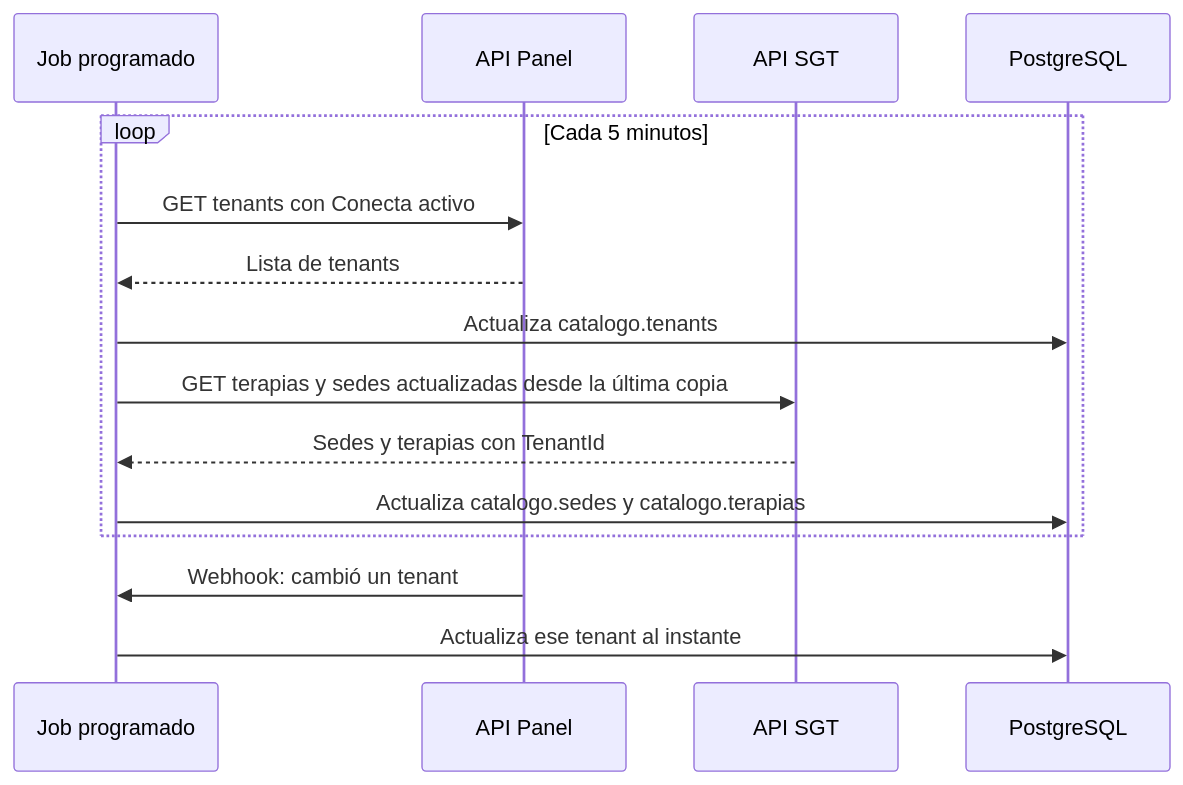
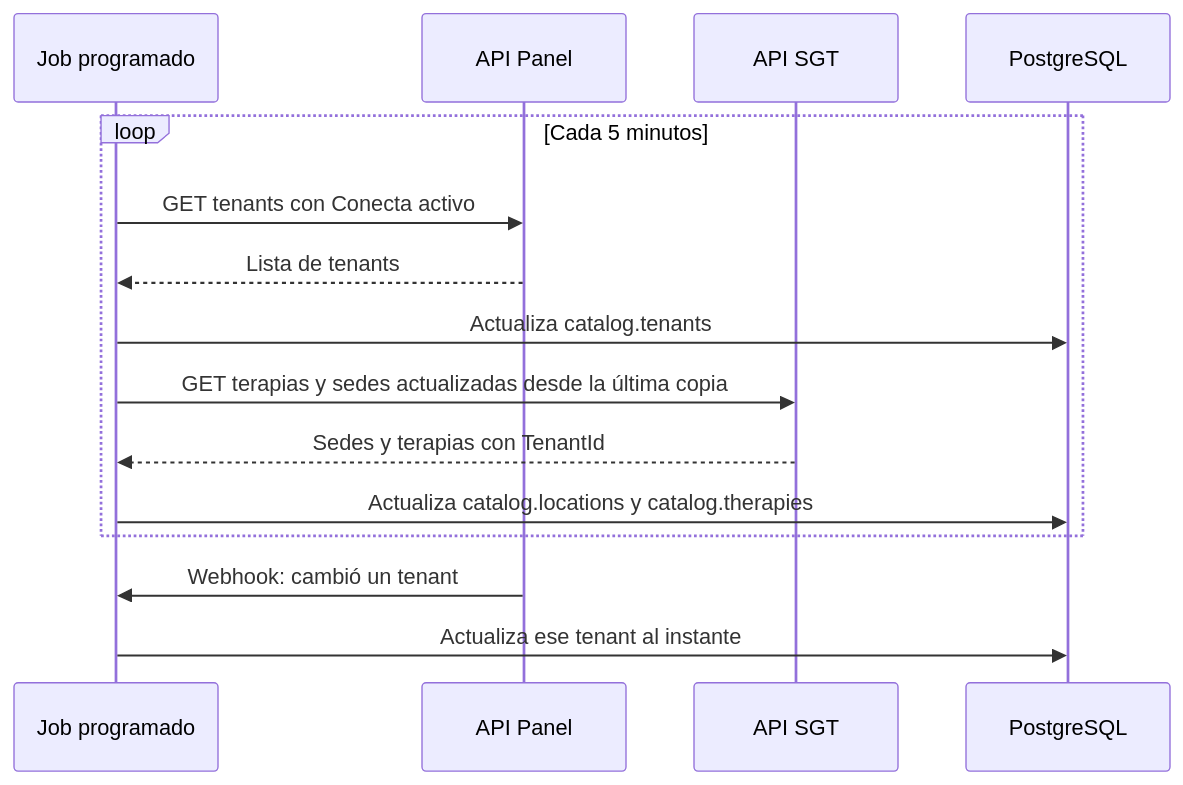
The fourth of 6 diagrams in docs/arquitectura_conecta.md (ErnestoSCL/neuroa-modelo-tamizaje), drawn with Mermaid before and after one commit. The commit also changed other lines of this file and 1 other file, not shown here.

````diff
--- a/docs/arquitectura_conecta.md
+++ b/docs/arquitectura_conecta.md
@@ -345,17 +347,17 @@
 ```mermaid
 sequenceDiagram
     participant WK as Job programado
     participant P as API Panel
     participant S as API SGT
     participant DB as PostgreSQL
     loop Cada 5 minutos
         WK->>P: GET tenants con Conecta activo
         P-->>WK: Lista de tenants
-        WK->>DB: Actualiza catalogo.tenants
+        WK->>DB: Actualiza catalog.tenants
         WK->>S: GET terapias y sedes actualizadas desde la última copia
         S-->>WK: Sedes y terapias con TenantId
-        WK->>DB: Actualiza catalogo.sedes y catalogo.terapias
+        WK->>DB: Actualiza catalog.locations y catalog.therapies
     end
     P->>WK: Webhook: cambió un tenant
     WK->>DB: Actualiza ese tenant al instante
 ```
````
